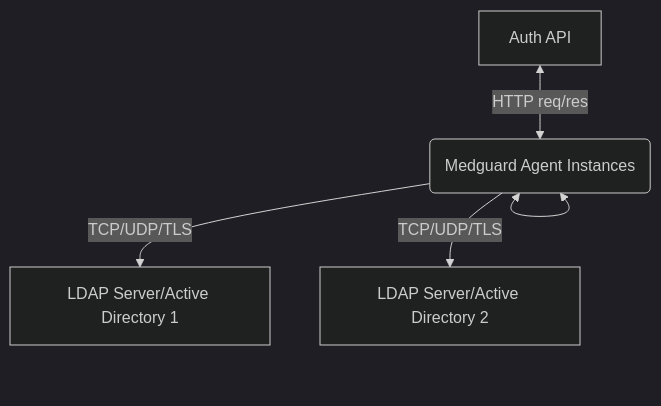
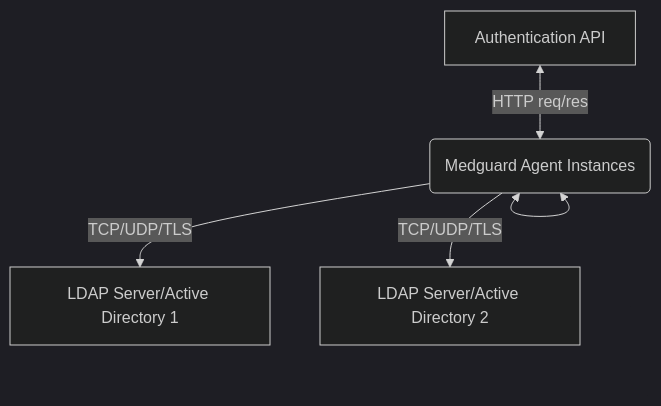
One commit to Medguard-Systems/public-docs changed the diagram in auth.md. Above: the diagram before and after it, drawn with Mermaid (dark theme). The commit also changed other lines of this file, not shown here.

````diff
--- a/auth.md
+++ b/auth.md
@@ -29,8 +29,8 @@
 ```mermaid
 flowchart TD
-    A[Auth API] <-->|HTTP req/res| C
+    A[Authentication API] <-->|HTTP req/res| C
 
     C(Medguard Agent Instances) <--> C
     C --> |TCP/UDP/TLS| E[LDAP Server/Active Directory 1]
     C --> |TCP/UDP/TLS| F[LDAP Server/Active Directory 2]
 ```
````
